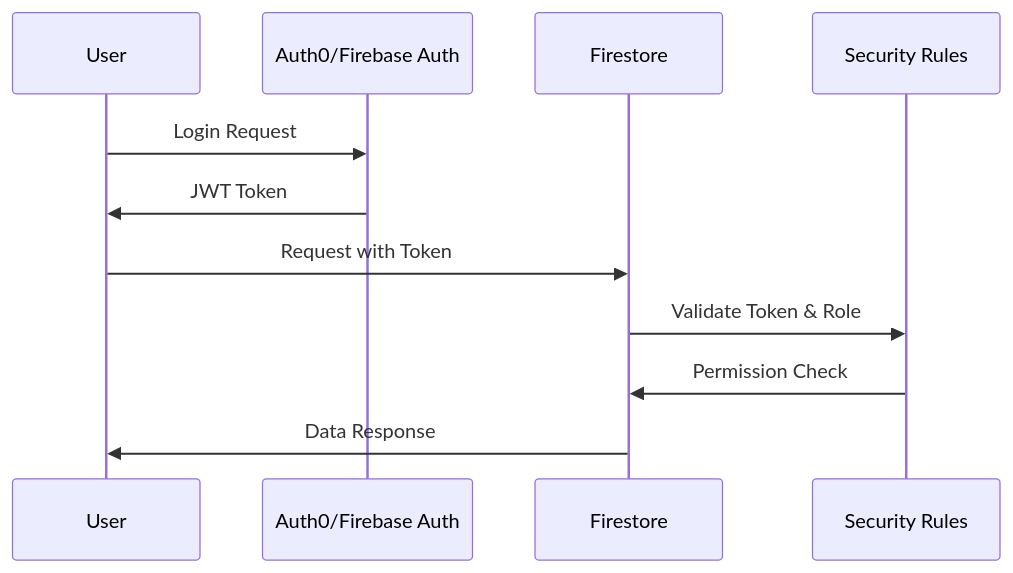
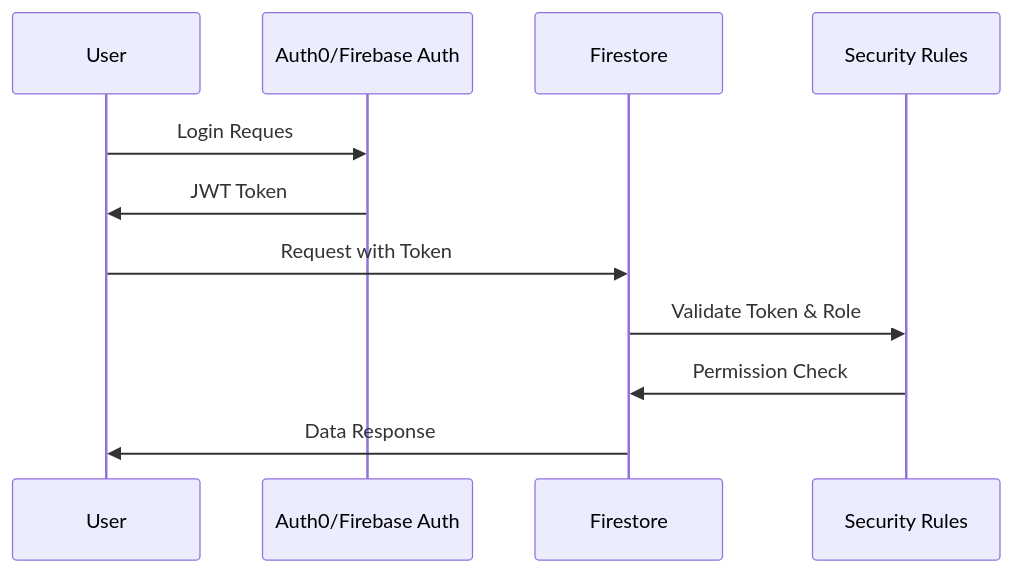
One commit to ralflukner/workflow-bolt changed the second of 4 diagrams in docs/firebase-persistence-plan.md. Above: the diagram before and after it, drawn with Mermaid. The commit also changed other lines of this file and 60 other files, not shown here.

````diff
--- a/docs/firebase-persistence-plan.md
+++ b/docs/firebase-persistence-plan.md
@@ -450,15 +450,15 @@
 ```mermaid
 sequenceDiagram
     participant U as User
     participant A as Auth0/Firebase Auth
     participant F as Firestore
     participant R as Security Rules
 
-    U->>A: Login Request
+    U->>A: Login Reques
     A->>U: JWT Token
     U->>F: Request with Token
     F->>R: Validate Token & Role
     R->>F: Permission Check
     F->>U: Data Response
 
 ```
````
